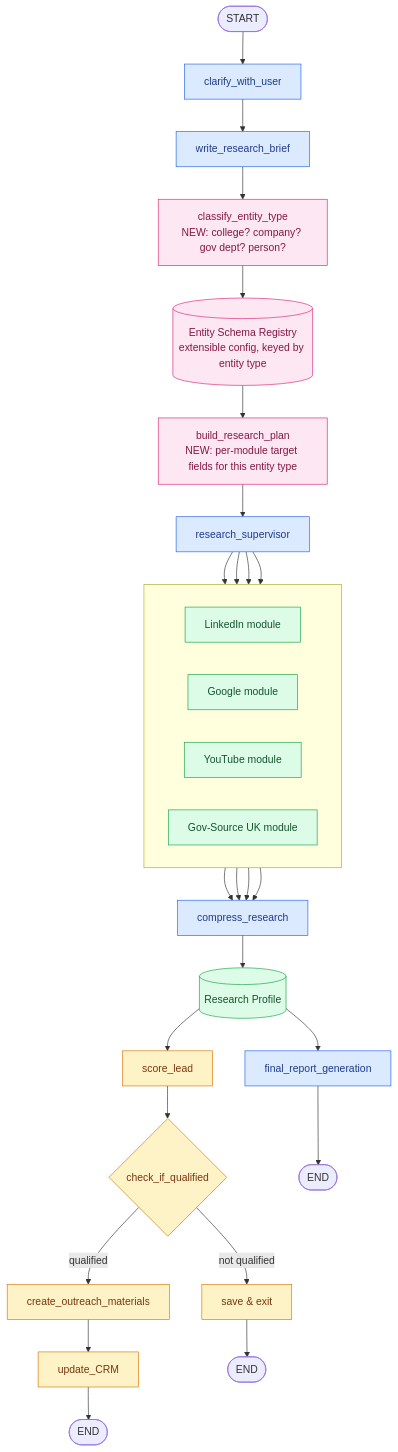
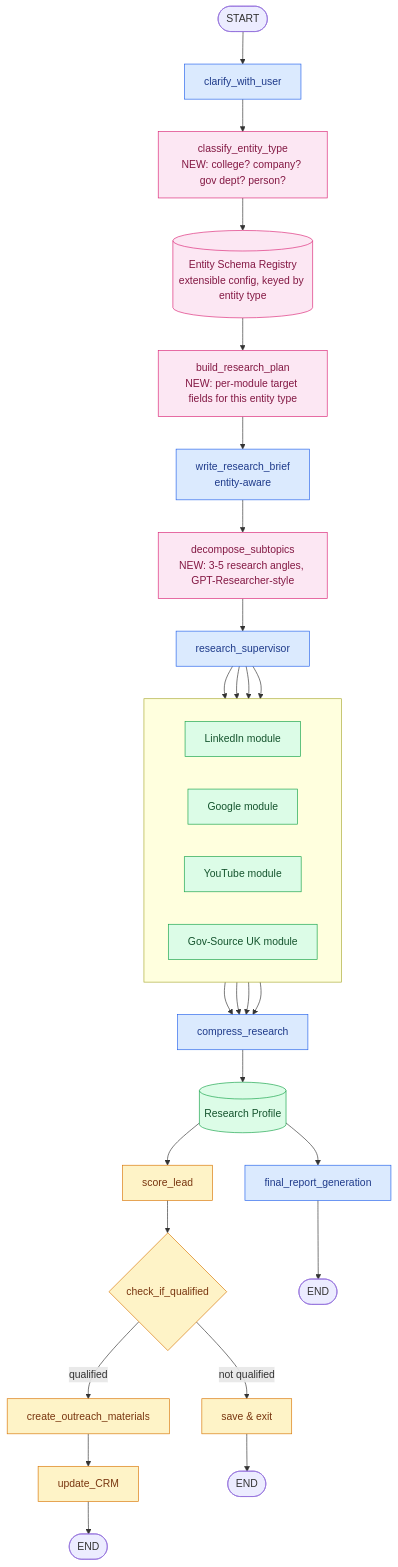
Before and after one commit to samarthsinh2660/Research_sales_agents: the first of 2 diagrams in docs/idea.md, drawn with Mermaid. The commit also changed other lines of this file and 6 other files, not shown here.

````diff
--- a/docs/idea.md
+++ b/docs/idea.md
@@ -34,53 +36,53 @@
 ```mermaid
 flowchart TD
     START([START]) --> clarify[clarify_with_user]
-    clarify --> brief[write_research_brief]
-
-    brief --> classify[classify_entity_type<br/>NEW: college? company? gov dept? person?]
+    clarify --> classify[classify_entity_type<br/>NEW: college? company? gov dept? person?]
     classify --> registry[(Entity Schema Registry<br/>extensible config, keyed by entity type)]
 
     registry --> plan[build_research_plan<br/>NEW: per-module target fields for this entity type]
 
-    plan --> supervisor[research_supervisor]
+    plan --> brief[write_research_brief<br/>entity-aware]
+    brief --> subtopics[decompose_subtopics<br/>NEW: 3-5 research angles, GPT-Researcher-style]
+    subtopics --> supervisor[research_supervisor]
 
     subgraph modules[" "]
         direction LR
         linkedin[LinkedIn module]
         google[Google module]
         youtube[YouTube module]
         gov[Gov-Source UK module]
     end
 
     supervisor --> linkedin
     supervisor --> google
     supervisor --> youtube
     supervisor --> gov
 
     linkedin --> compress[compress_research]
     google --> compress
     youtube --> compress
     gov --> compress
 
     compress --> profile[(Research Profile)]
 
     profile --> report[final_report_generation]
     profile --> score[score_lead]
     score --> qualified{check_if_qualified}
     qualified -->|qualified| outreach[create_outreach_materials]
     qualified -->|not qualified| save[save & exit]
     outreach --> crm[update_CRM]
 
     report --> END1([END])
     crm --> END2([END])
     save --> END3([END])
 
     classDef newlayer fill:#fce7f3,stroke:#db2777,color:#831843;
     classDef odr fill:#dbeafe,stroke:#2563eb,color:#1e3a8a;
     classDef kaymen fill:#fef3c7,stroke:#d97706,color:#78350f;
     classDef mod fill:#dcfce7,stroke:#16a34a,color:#14532d;
 
-    class classify,registry,plan newlayer;
+    class classify,registry,plan,subtopics newlayer;
     class clarify,brief,supervisor,compress,report odr;
     class score,qualified,outreach,crm,save kaymen;
     class linkedin,google,youtube,gov,profile mod;
 ```
````
